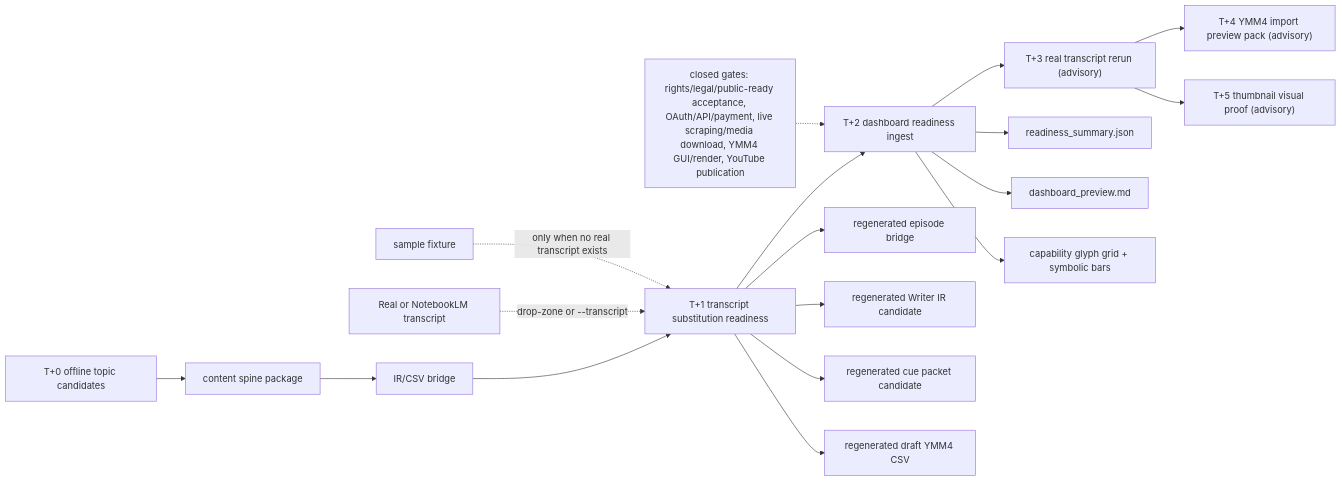
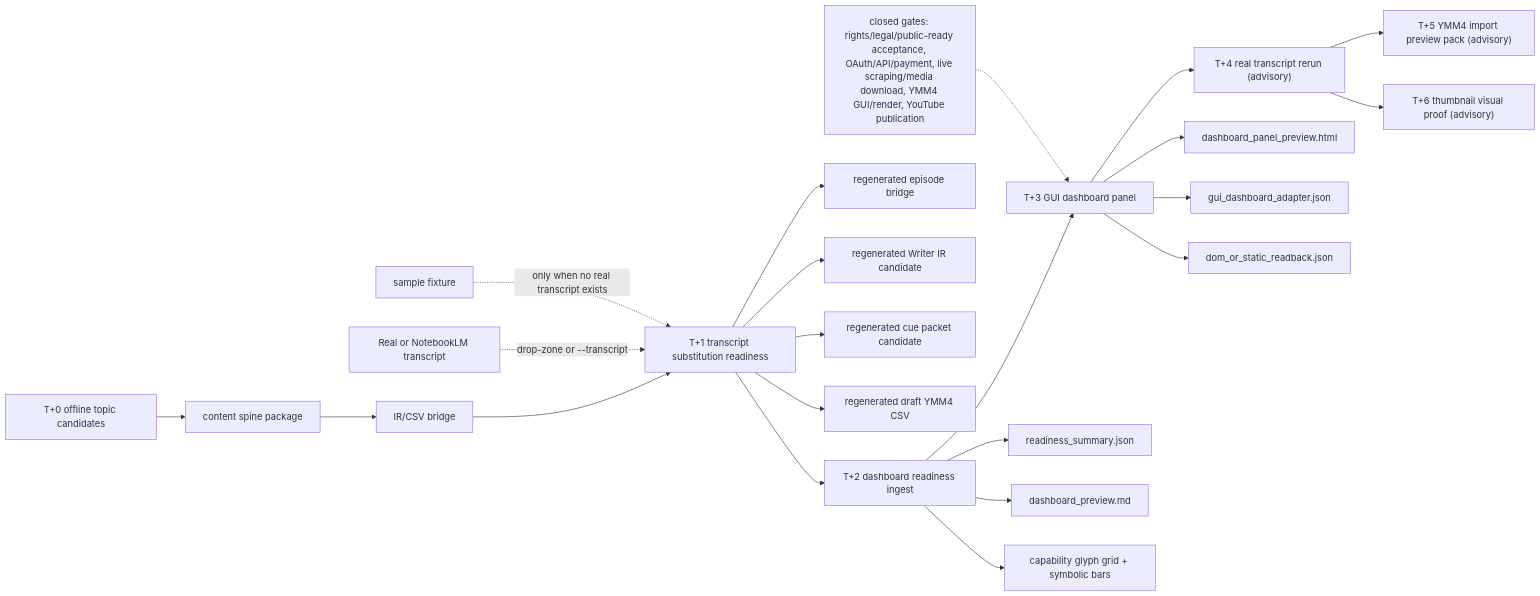
Before and after one commit to YuShimoji/NLMYTGen: the diagram in docs/PROJECT_PIPELINE.mmd, drawn with Mermaid. The commit also changed 16 other files, not shown here.

Commit message:
feat: add gui dashboard panel ingest

```diff
--- a/docs/PROJECT_PIPELINE.mmd
+++ b/docs/PROJECT_PIPELINE.mmd
@@ -1,21 +1,25 @@
 flowchart LR
     A["T+0 offline topic candidates"] --> B["content spine package"]
     B --> C["IR/CSV bridge"]
     C --> D["T+1 transcript substitution readiness"]
     D --> E["T+2 dashboard readiness ingest"]
-    E --> F["T+3 real transcript rerun (advisory)"]
-    F --> N["T+4 YMM4 import preview pack (advisory)"]
-    F --> O["T+5 thumbnail visual proof (advisory)"]
+    E --> S["T+3 GUI dashboard panel"]
+    S --> F["T+4 real transcript rerun (advisory)"]
+    F --> N["T+5 YMM4 import preview pack (advisory)"]
+    F --> O["T+6 thumbnail visual proof (advisory)"]
 
     G["Real or NotebookLM transcript"] -. "drop-zone or --transcript" .-> D
     H["sample fixture"] -. "only when no real transcript exists" .-> D
 
     D --> I["regenerated episode bridge"]
     D --> J["regenerated Writer IR candidate"]
     D --> K["regenerated cue packet candidate"]
     D --> L["regenerated draft YMM4 CSV"]
     E --> P["readiness_summary.json"]
     E --> Q["dashboard_preview.md"]
     E --> R["capability glyph grid + symbolic bars"]
+    S --> T["dashboard_panel_preview.html"]
+    S --> U["gui_dashboard_adapter.json"]
+    S --> V["dom_or_static_readback.json"]
 
-    M["closed gates: rights/legal/public-ready acceptance, OAuth/API/payment, live scraping/media download, YMM4 GUI/render, YouTube publication"] -.-> E
+    M["closed gates: rights/legal/public-ready acceptance, OAuth/API/payment, live scraping/media download, YMM4 GUI/render, YouTube publication"] -.-> S
```
